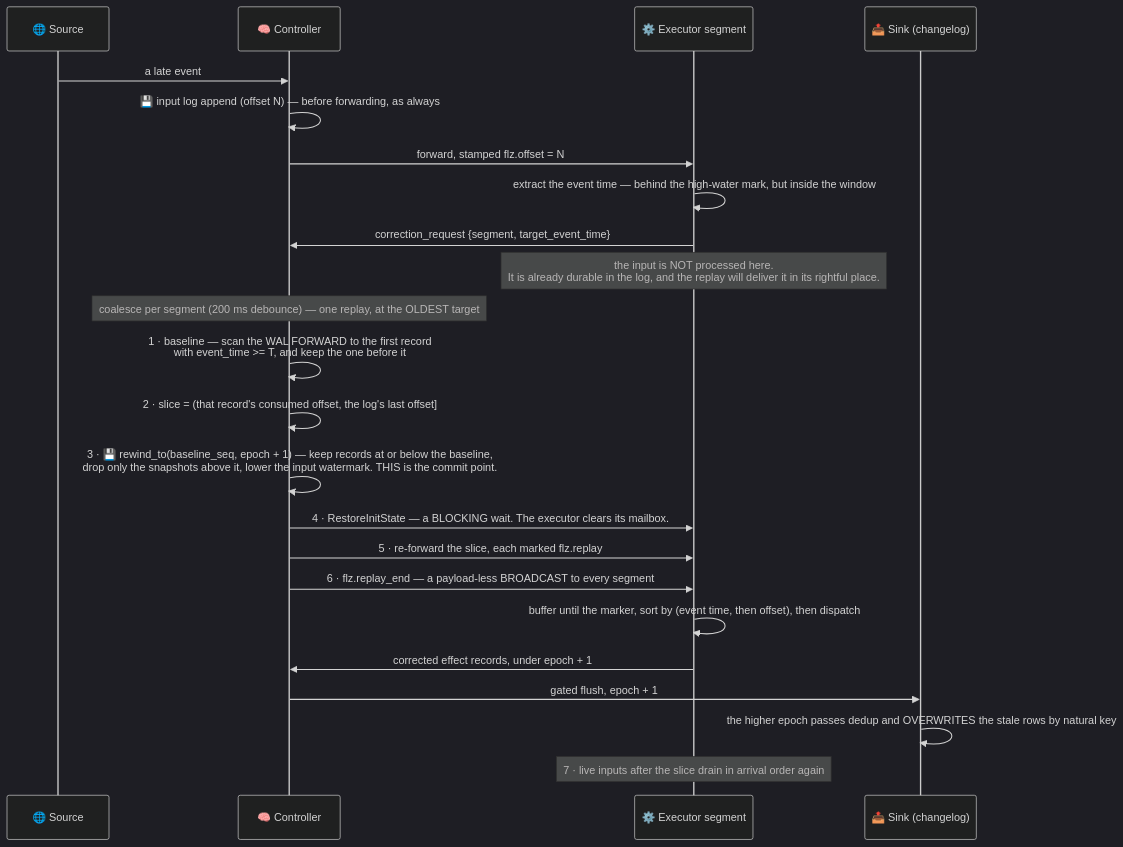
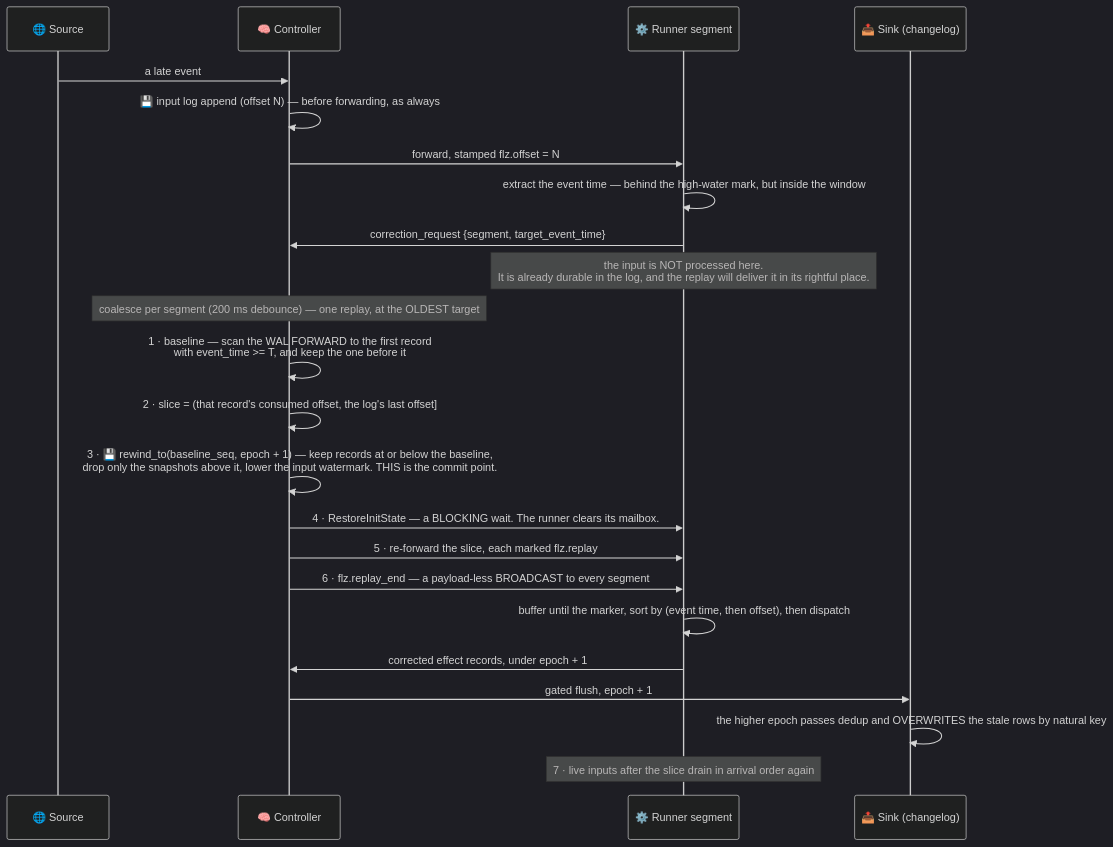
One commit to Flezha/flezha changed the fifth of 5 diagrams in docs/architecture/unbounded_profile.md. Above: the diagram before and after it, drawn with Mermaid (dark theme). The commit also changed other lines of this file and 535 other files, not shown here.

````diff
--- a/docs/architecture/unbounded_profile.md
+++ b/docs/architecture/unbounded_profile.md
@@ -219,27 +219,27 @@
 ```mermaid
 sequenceDiagram
     participant SRC as 🌐 Source
     participant CTRL as 🧠 Controller
-    participant EX as ⚙️ Executor segment
+    participant EX as ⚙️ Runner segment
     participant SINK as 📤 Sink (changelog)
 
     SRC->>CTRL: a late event
     CTRL->>CTRL: 💾 input log append (offset N) — before forwarding, as always
     CTRL->>EX: forward, stamped flz.offset = N
     EX->>EX: extract the event time — behind the high-water mark, but inside the window
     EX->>CTRL: correction_request {segment, target_event_time}
     Note over EX: the input is NOT processed here.<br/>It is already durable in the log, and the replay will deliver it in its rightful place.
 
     Note over CTRL: coalesce per segment (200 ms debounce) — one replay, at the OLDEST target
     CTRL->>CTRL: 1 · baseline — scan the WAL FORWARD to the first record<br/>with event_time >= T, and keep the one before it
     CTRL->>CTRL: 2 · slice = (that record's consumed offset, the log's last offset]
     CTRL->>CTRL: 3 · 💾 rewind_to(baseline_seq, epoch + 1) — keep records at or below the baseline,<br/>drop only the snapshots above it, lower the input watermark. THIS is the commit point.
-    CTRL->>EX: 4 · RestoreInitState — a BLOCKING wait. The executor clears its mailbox.
+    CTRL->>EX: 4 · RestoreInitState — a BLOCKING wait. The runner clears its mailbox.
     CTRL->>EX: 5 · re-forward the slice, each marked flz.replay
     CTRL->>EX: 6 · flz.replay_end — a payload-less BROADCAST to every segment
     EX->>EX: buffer until the marker, sort by (event time, then offset), then dispatch
     EX->>CTRL: corrected effect records, under epoch + 1
     CTRL->>SINK: gated flush, epoch + 1
     SINK->>SINK: the higher epoch passes dedup and OVERWRITES the stale rows by natural key
     Note over EX: 7 · live inputs after the slice drain in arrival order again
 ```
````
